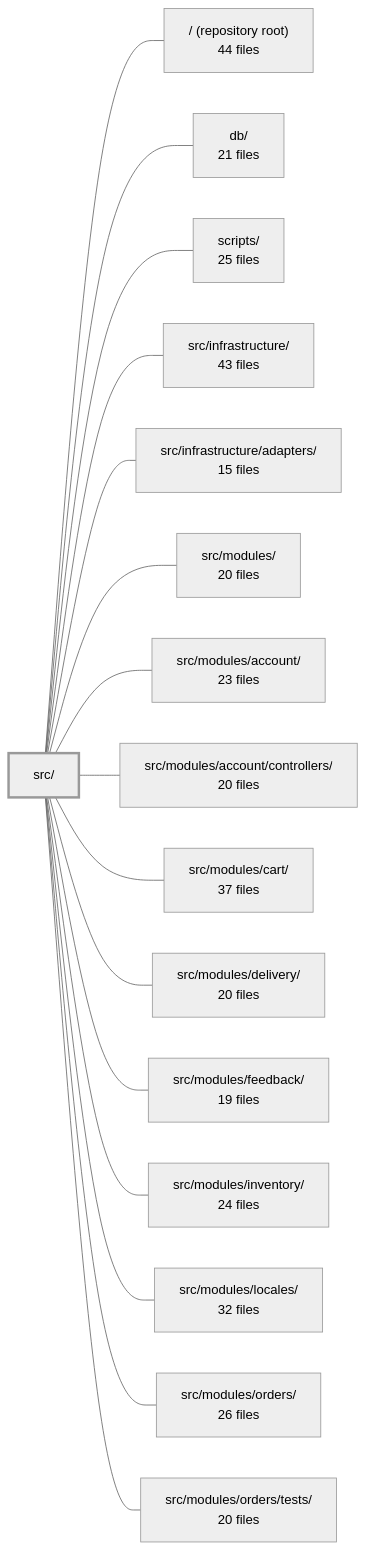
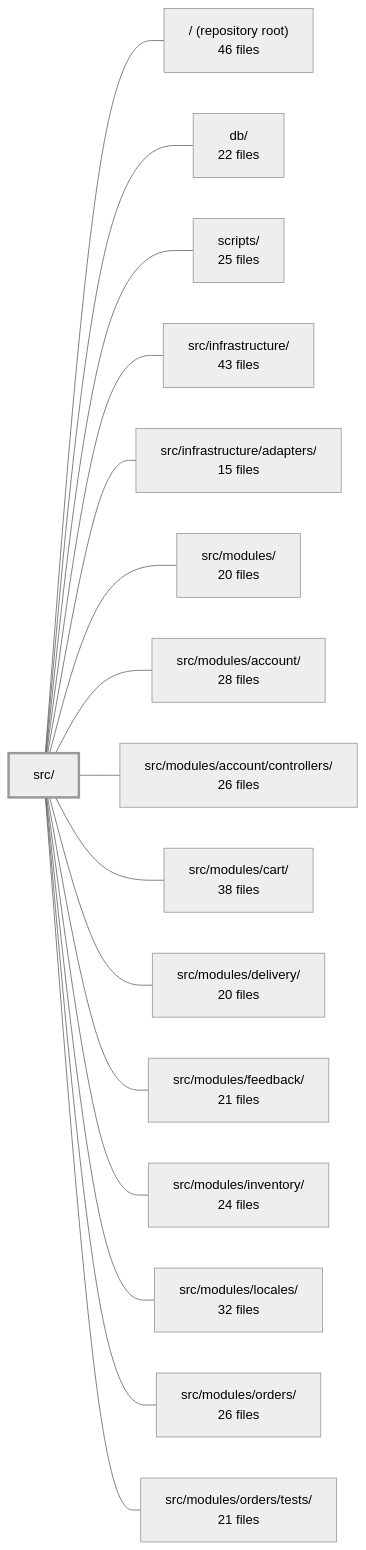
Before and after one commit to Guebbit/boilerplate-node-backend: the diagram in .2repo/modules/boilerplate-node-backend_src.md, drawn with Mermaid (neutral theme). The commit also changed other lines of this file and 302 other files, not shown here.

First line of the commit message:
chore(2repo): refresh repo context, wiki, and architecture snapshots

````diff
--- a/.2repo/modules/boilerplate-node-backend_src.md
+++ b/.2repo/modules/boilerplate-node-backend_src.md
@@ -41,35 +43,35 @@
 ```mermaid
 flowchart LR
     m_src["src/"]
-    m_root["/ (repository root)<br/>44 files"]
-    m_db["db/<br/>21 files"]
+    m_root["/ (repository root)<br/>46 files"]
+    m_db["db/<br/>22 files"]
     m_scripts["scripts/<br/>25 files"]
     m_src_infrastructure["src/infrastructure/<br/>43 files"]
     m_src_infrastructure_adapters["src/infrastructure/adapters/<br/>15 files"]
     m_src_modules["src/modules/<br/>20 files"]
-    m_src_modules_account["src/modules/account/<br/>23 files"]
-    m_src_modules_account_controllers["src/modules/account/controllers/<br/>20 files"]
-    m_src_modules_cart["src/modules/cart/<br/>37 files"]
+    m_src_modules_account["src/modules/account/<br/>28 files"]
+    m_src_modules_account_controllers["src/modules/account/controllers/<br/>26 files"]
+    m_src_modules_cart["src/modules/cart/<br/>38 files"]
     m_src_modules_delivery["src/modules/delivery/<br/>20 files"]
-    m_src_modules_feedback["src/modules/feedback/<br/>19 files"]
+    m_src_modules_feedback["src/modules/feedback/<br/>21 files"]
     m_src_modules_inventory["src/modules/inventory/<br/>24 files"]
     m_src_modules_locales["src/modules/locales/<br/>32 files"]
     m_src_modules_orders["src/modules/orders/<br/>26 files"]
-    m_src_modules_orders_tests["src/modules/orders/tests/<br/>20 files"]
+    m_src_modules_orders_tests["src/modules/orders/tests/<br/>21 files"]
     m_src --- m_root
     m_src --- m_db
     m_src --- m_scripts
     m_src --- m_src_infrastructure
     m_src --- m_src_infrastructure_adapters
     m_src --- m_src_modules
     m_src --- m_src_modules_account
     m_src --- m_src_modules_account_controllers
     m_src --- m_src_modules_cart
     m_src --- m_src_modules_delivery
     m_src --- m_src_modules_feedback
     m_src --- m_src_modules_inventory
     m_src --- m_src_modules_locales
     m_src --- m_src_modules_orders
     m_src --- m_src_modules_orders_tests
     style m_src stroke-width:3px
 ```
````
